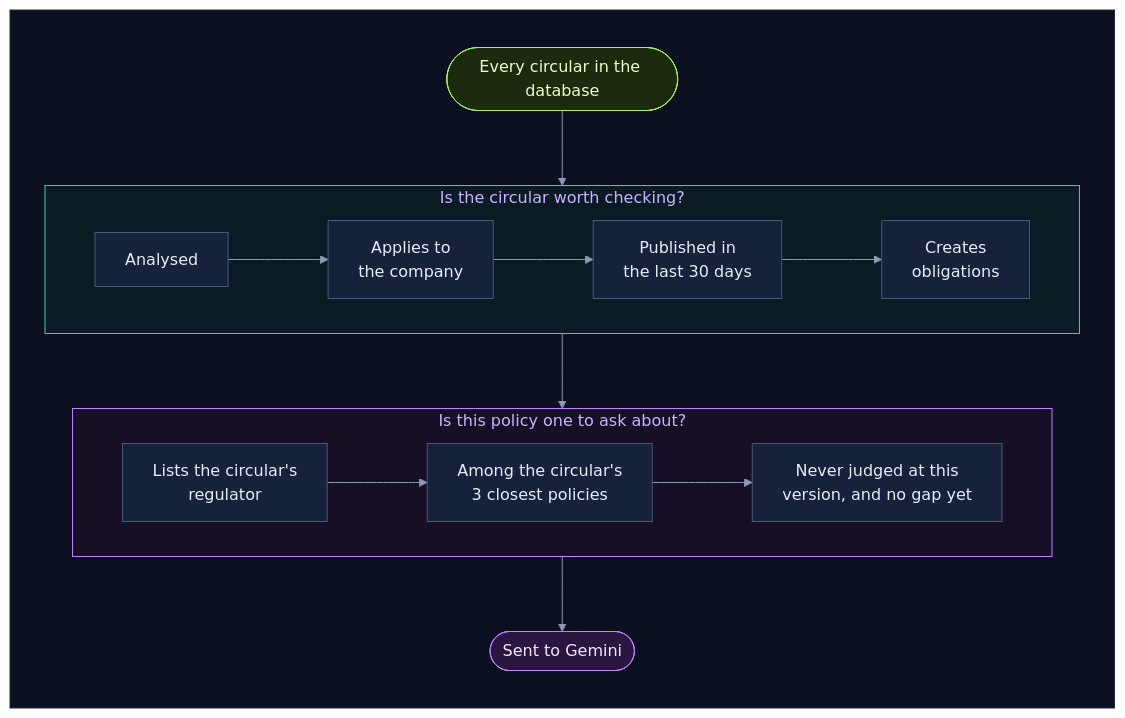
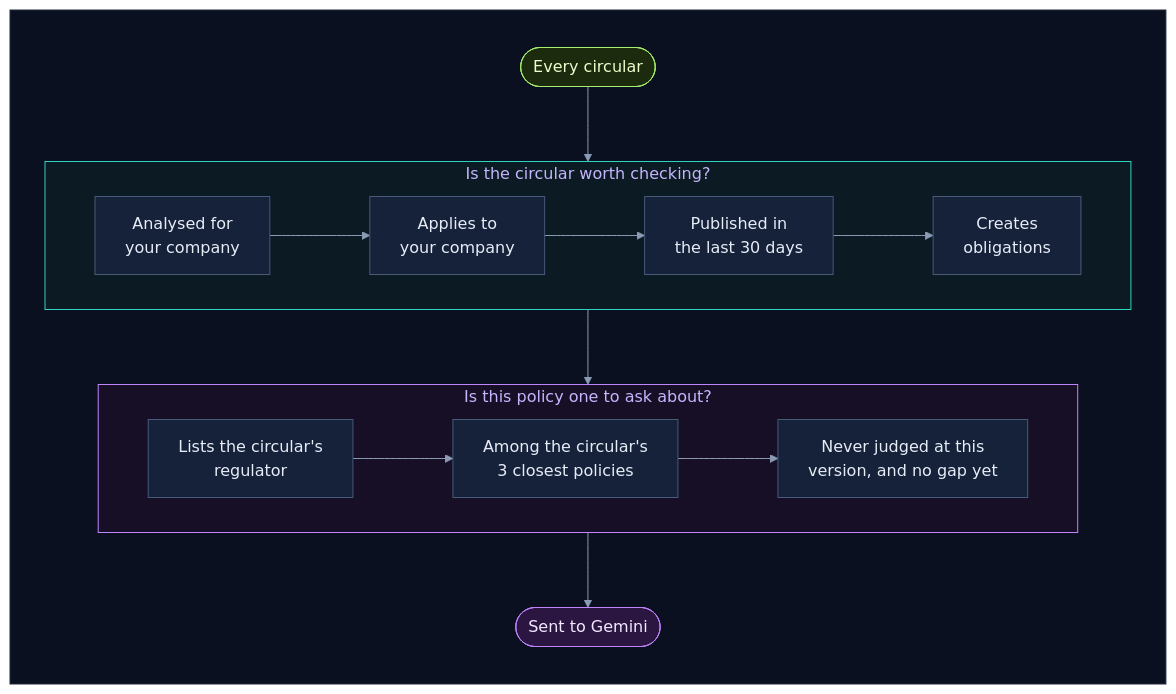
Diagram 12 of 22 in how_it_works.md (selvakumarperumal/Regulatory_Circular_Impact_Agent), drawn with Mermaid before and after one commit. The commit also changed other lines of this file and 8 other files, not shown here.

````diff
--- a/how_it_works.md
+++ b/how_it_works.md
@@ -1033,33 +821,33 @@
 ```mermaid
 %%{init: {"theme": "base", "flowchart": {"diagramPadding": 0}, "themeVariables": {"darkMode": true, "primaryColor": "#16213a", "primaryTextColor": "#e6edf7", "primaryBorderColor": "#475a7a", "lineColor": "#8b9bb4", "secondaryColor": "#1b2436", "tertiaryColor": "#101a2e", "edgeLabelBackground": "#0f172a", "textColor": "#e2e8f0", "clusterBkg": "#0f1728", "clusterBorder": "#2b3a55", "titleColor": "#c4b5fd", "nodeTextColor": "#e6edf7"}}}%%
 flowchart TD
     subgraph canvas[" "]
         direction TB
-        all(["Every circular in the database"]) --> row1
+        all(["Every circular"]) --> row1
         subgraph row1["Is the circular worth checking?"]
             direction LR
-            a["Analysed"] --> b["Applies to<br/>the company"] --> c["Published in<br/>the last 30 days"] --> d["Creates<br/>obligations"]
+            a["Analysed for<br/>your company"] --> b["Applies to<br/>your company"] --> c["Published in<br/>the last 30 days"] --> d["Creates<br/>obligations"]
         end
         row1 --> row2
         subgraph row2["Is this policy one to ask about?"]
             direction LR
             e["Lists the circular's<br/>regulator"] --> f["Among the circular's<br/>3 closest policies"] --> g["Never judged at this<br/>version, and no gap yet"]
         end
         row2 --> ask(["Sent to Gemini"])
     end
 
     classDef svc fill:#0e2a2c,stroke:#2dd4bf,color:#ccfbf1
     classDef data fill:#1c1a47,stroke:#818cf8,color:#e0e7ff
     classDef ext fill:#2a1640,stroke:#c084fc,color:#f3e8ff
     classDef gpu fill:#2d1b0c,stroke:#fb923c,color:#ffedd5
     classDef ask fill:#2a2410,stroke:#fbbf24,color:#fef3c7
     classDef ok fill:#0b2a1c,stroke:#34d399,color:#d1fae5
     classDef bad fill:#2e0f17,stroke:#fb7185,color:#ffe4e6
     classDef start fill:#1c2a0e,stroke:#a7ef6f,color:#ecfccb
     classDef muted fill:#1a2130,stroke:#64748b,color:#cbd5e1
     class all start
     class ask ext
     style row1 fill:#0c1a24,stroke:#2dd4bf
     style row2 fill:#170f26,stroke:#c084fc
     style canvas fill:#0b1020,stroke:#1e293b,color:#0b1020
 ```
````
